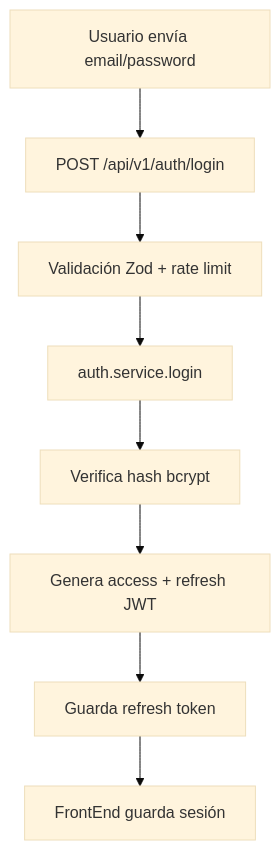
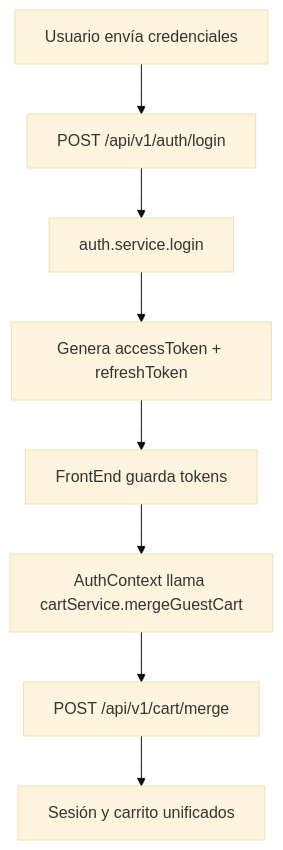
Before and after one commit to Ivy-Mk2/Proyecto-de-tienda-online---Front-Back-End: the second of 5 diagrams in docs/arquitectura/03-Flujos.md, drawn with Mermaid (base theme). The commit also changed other lines of this file and 8 other files, not shown here.

````diff
--- a/docs/arquitectura/03-Flujos.md
+++ b/docs/arquitectura/03-Flujos.md
@@ -15,10 +16,10 @@
 ```mermaid
 flowchart TD
-  A[Usuario envía email/password] --> B[POST /api/v1/auth/login]
-  B --> C[Validación Zod + rate limit]
-  C --> D[auth.service.login]
-  D --> E[Verifica hash bcrypt]
-  E --> F[Genera access + refresh JWT]
-  F --> G[Guarda refresh token]
-  G --> H[FrontEnd guarda sesión]
+  A[Usuario envía credenciales] --> B[POST /api/v1/auth/login]
+  B --> C[auth.service.login]
+  C --> D[Genera accessToken + refreshToken]
+  D --> E[FrontEnd guarda tokens]
+  E --> F[AuthContext llama cartService.mergeGuestCart]
+  F --> G[POST /api/v1/cart/merge]
+  G --> H[Sesión y carrito unificados]
 ```
````
